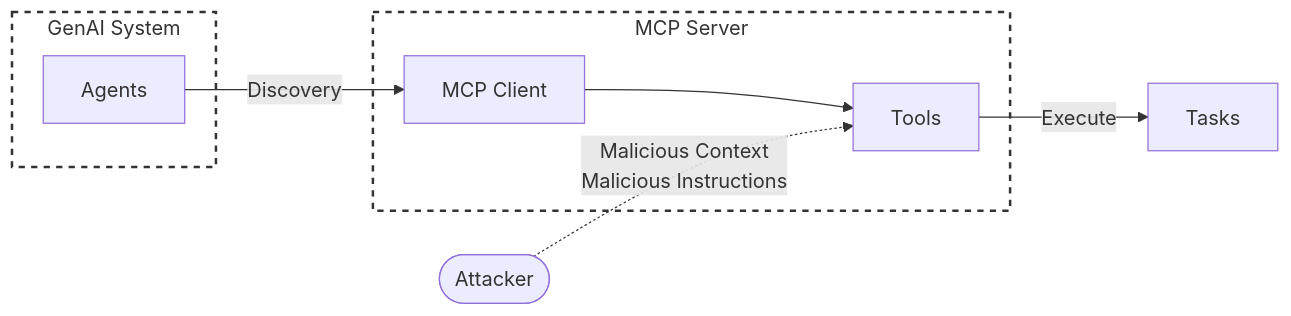
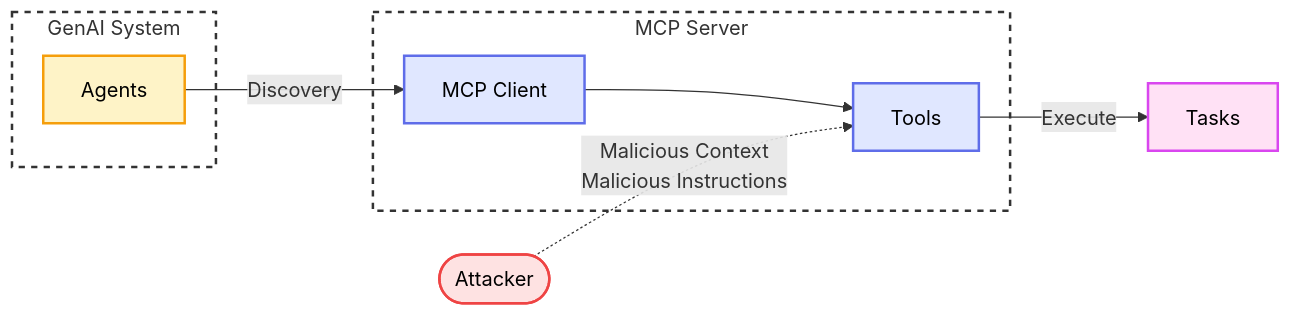
One commit to felipepenha/gurple changed the ninth of 12 diagrams in docs/attack_entry_points/index.md. Above: the diagram before and after it, drawn with Mermaid. The commit also changed other lines of this file and 1 other file, not shown here.

Commit message:
style(entry-points): standardize mermaid diagrams and font styling

````diff
--- a/docs/attack_entry_points/index.md
+++ b/docs/attack_entry_points/index.md
@@ -161,24 +228,32 @@
     ```mermaid
     graph LR
 
-        subgraph dashed_box_genai [GenAI System]
-            Agents[Agents]
+        subgraph dashed_box_genai ["GenAI System"]
+            Agents["Agents"]
         end
 
-        subgraph dashed_box_mcp [MCP Server]
-            Tools[Tools]
-            Client[MCP Client]
+        subgraph dashed_box_mcp ["MCP Server"]
+            Tools["Tools"]
+            Client["MCP Client"]
         end
 
-        Agents --> |Discovery| Client
+        Agents -->|"Discovery"| Client
         Client --> Tools
 
-        Attacker([Attacker]) -.-> |Malicious Context<br /> Malicious Instructions| Tools
+        Attacker(["Attacker"]) -.->|"Malicious Context<br />Malicious Instructions"| Tools
 
+        Tools -->|"Execute"| Tasks["Tasks"]
 
-        Tools -->|Execute| Tasks[Tasks]
+        classDef red fill:#fee2e2,stroke:#ef4444,stroke-width:2px,color:#000;
+        classDef yellow fill:#fef3c7,stroke:#f59e0b,stroke-width:2px,color:#000;
+        classDef blue fill:#e0e7ff,stroke:#5f6de9,stroke-width:2px,color:#000;
+        classDef purple fill:#ffe1f5,stroke:#d946ef,stroke-width:2px,color:#000;
+
+        class Attacker red;
+        class Agents yellow;
+        class Client,Tools blue;
+        class Tasks purple;
         
         style dashed_box_genai stroke-dasharray: 5 5, fill:none,stroke:#333,stroke-width:2px;
-
         style dashed_box_mcp stroke-dasharray: 5 5, fill:none,stroke:#333,stroke-width:2px;
     ```
````
